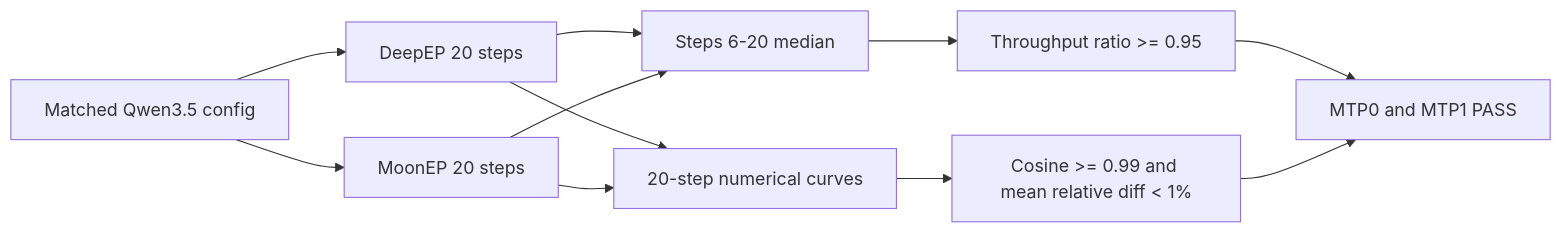
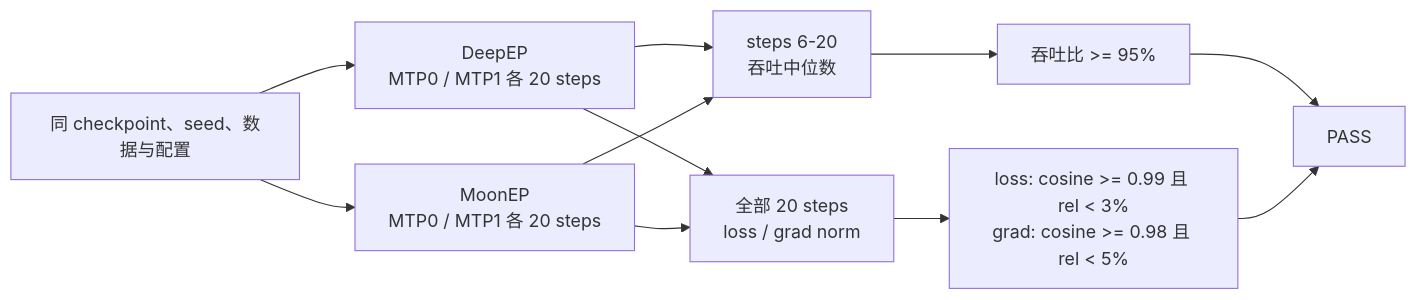
The first of 2 diagrams in xtuner_moonep_acceptance.md (InternLM/xtuner), drawn with Mermaid before and after one commit. The commit also changed other lines of this file, not shown here.

````diff
--- a/xtuner_moonep_acceptance.md
+++ b/xtuner_moonep_acceptance.md
@@ -7,13 +7,13 @@
 ```mermaid
 flowchart LR
-    A["Matched Qwen3.5 config"] --> B["DeepEP 20 steps"]
-    A --> C["MoonEP 20 steps"]
-    B --> D["Steps 6-20 median"]
-    C --> D
-    B --> E["20-step numerical curves"]
-    C --> E
-    D --> F["Throughput ratio >= 0.95"]
-    E --> G["Cosine >= 0.99 and mean relative diff < 1%"]
-    F --> H["MTP0 and MTP1 PASS"]
-    G --> H
+    A["同 checkpoint、seed、数据与配置"] --> D["DeepEP<br/>MTP0 / MTP1 各 20 steps"]
+    A --> M["MoonEP<br/>MTP0 / MTP1 各 20 steps"]
+    D --> P["steps 6-20<br/>吞吐中位数"]
+    M --> P
+    D --> N["全部 20 steps<br/>loss / grad norm"]
+    M --> N
+    P --> G["吞吐比 >= 95%"]
+    N --> G2["loss: cosine >= 0.99 且 rel < 3%<br/>grad: cosine >= 0.98 且 rel < 5%"]
+    G --> R["PASS"]
+    G2 --> R
 ```
````
